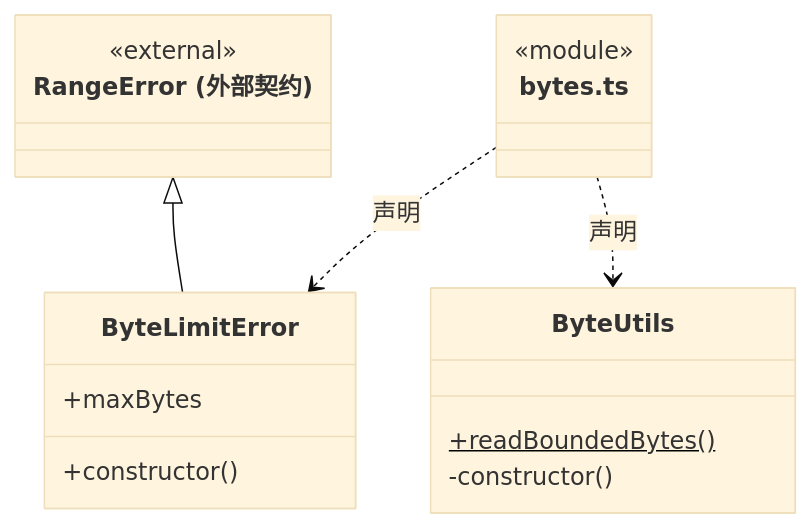
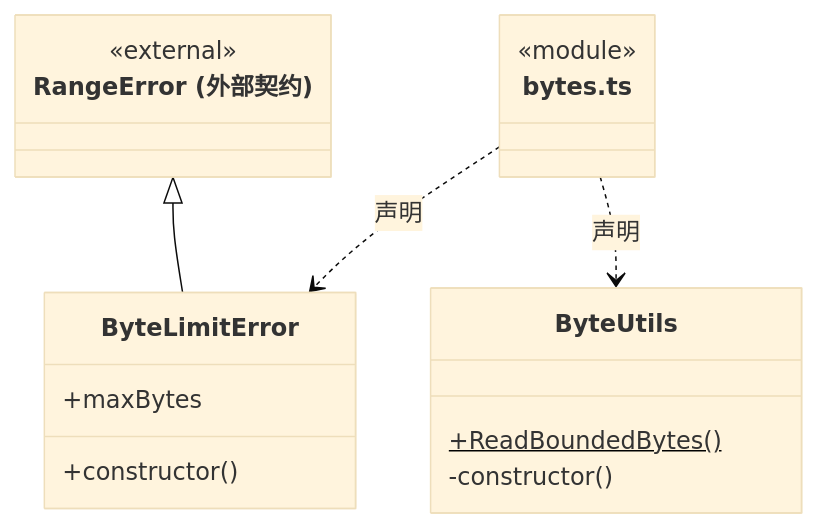
The second of 8 diagrams in src/core/utility/ARCHITECTURE.md (nan023062/cbim), drawn with Mermaid (base theme) before and after one commit. The commit also changed other lines of this file and 1035 other files, not shown here.

````diff
--- a/src/core/utility/ARCHITECTURE.md
+++ b/src/core/utility/ARCHITECTURE.md
@@ -64,20 +64,20 @@
 ```mermaid
 classDiagram
 class N_src_core_utility_bytes_ts["bytes.ts"] {
   <<module>>
 }
 class N_src_core_utility_bytes_ts_ByteLimitError["ByteLimitError"] {
   +maxBytes
   +constructor()
 }
 N_src_core_utility_bytes_ts ..> N_src_core_utility_bytes_ts_ByteLimitError : 声明
 class N_src_core_utility_bytes_ts_external_RangeError["RangeError (外部契约)"] {
   <<external>>
 }
 N_src_core_utility_bytes_ts_external_RangeError <|-- N_src_core_utility_bytes_ts_ByteLimitError
 class N_src_core_utility_bytes_ts_ByteUtils["ByteUtils"] {
-  +readBoundedBytes()$
+  +ReadBoundedBytes()$
   -constructor()
 }
 N_src_core_utility_bytes_ts ..> N_src_core_utility_bytes_ts_ByteUtils : 声明
 ```
````
